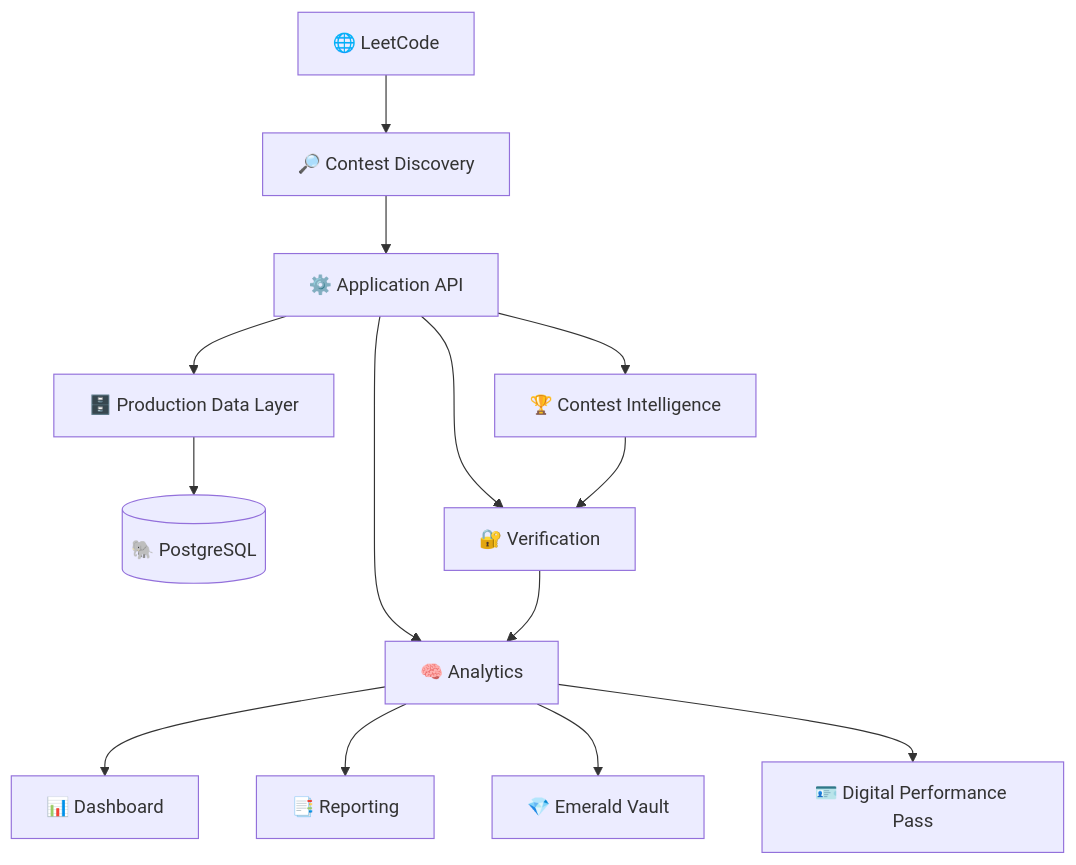
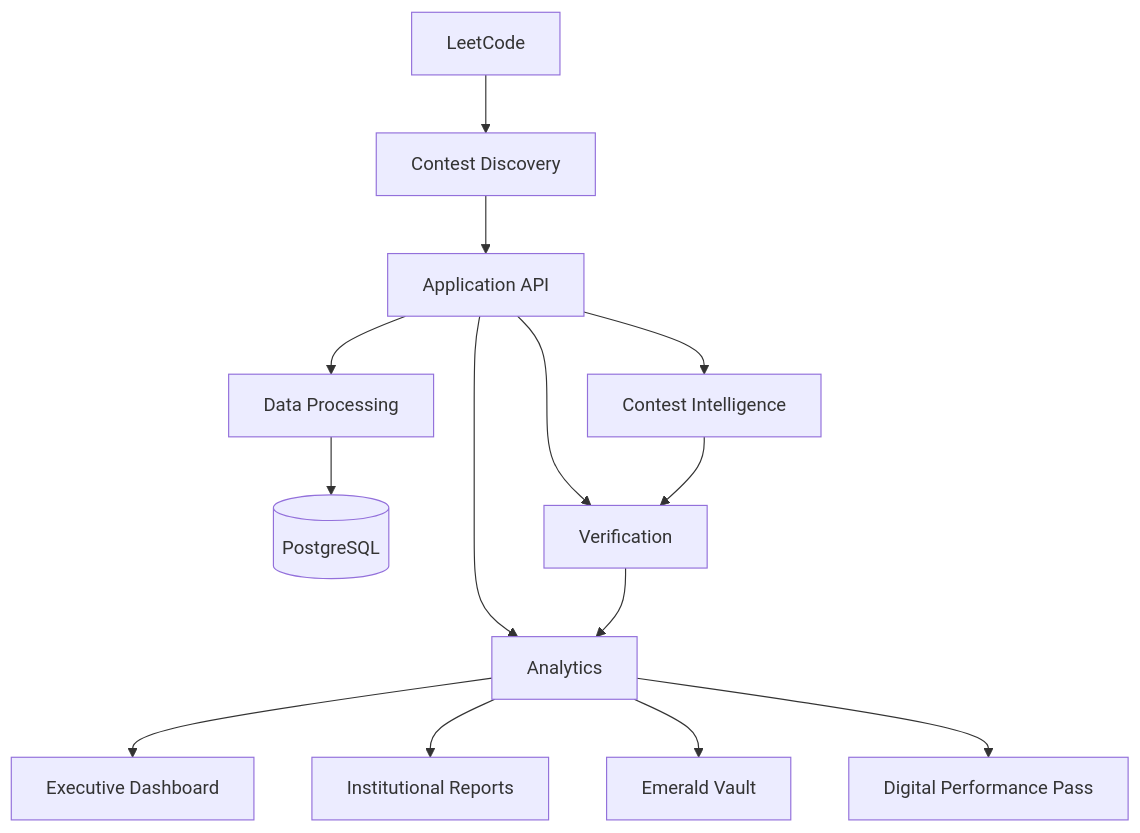
One commit to nanthishvaran17/Leetcodeurl-s changed the diagram in README.md. Above: the diagram before and after it, drawn with Mermaid. The commit also changed other lines of this file, not shown here.

First line of the commit message:
Revise README for Nandha LeetCode Intelligence

````diff
--- a/README.md
+++ b/README.md
@@ -137,23 +139,23 @@
 ```mermaid
 flowchart TB
 
-    A["🌐 LeetCode"] --> B["🔎 Contest Discovery"]
+    A["LeetCode"] --> B["Contest Discovery"]
 
-    B --> C["⚙️ Application API"]
+    B --> C["Application API"]
 
-    C --> D["🗄️ Production Data Layer"]
+    C --> D["Data Processing"]
 
-    D --> E[("🐘 PostgreSQL")]
+    D --> E[("PostgreSQL")]
 
-    C --> F["🏆 Contest Intelligence"]
-    C --> G["🔐 Verification"]
-    C --> H["🧠 Analytics"]
-
-    H --> I["📊 Dashboard"]
-    H --> J["📑 Reporting"]
-    H --> K["💎 Emerald Vault"]
-    H --> L["🪪 Digital Performance Pass"]
+    C --> F["Contest Intelligence"]
+    C --> G["Verification"]
+    C --> H["Analytics"]
 
     F --> G
     G --> H
+
+    H --> I["Executive Dashboard"]
+    H --> J["Institutional Reports"]
+    H --> K["Emerald Vault"]
+    H --> L["Digital Performance Pass"]
 ```
````
